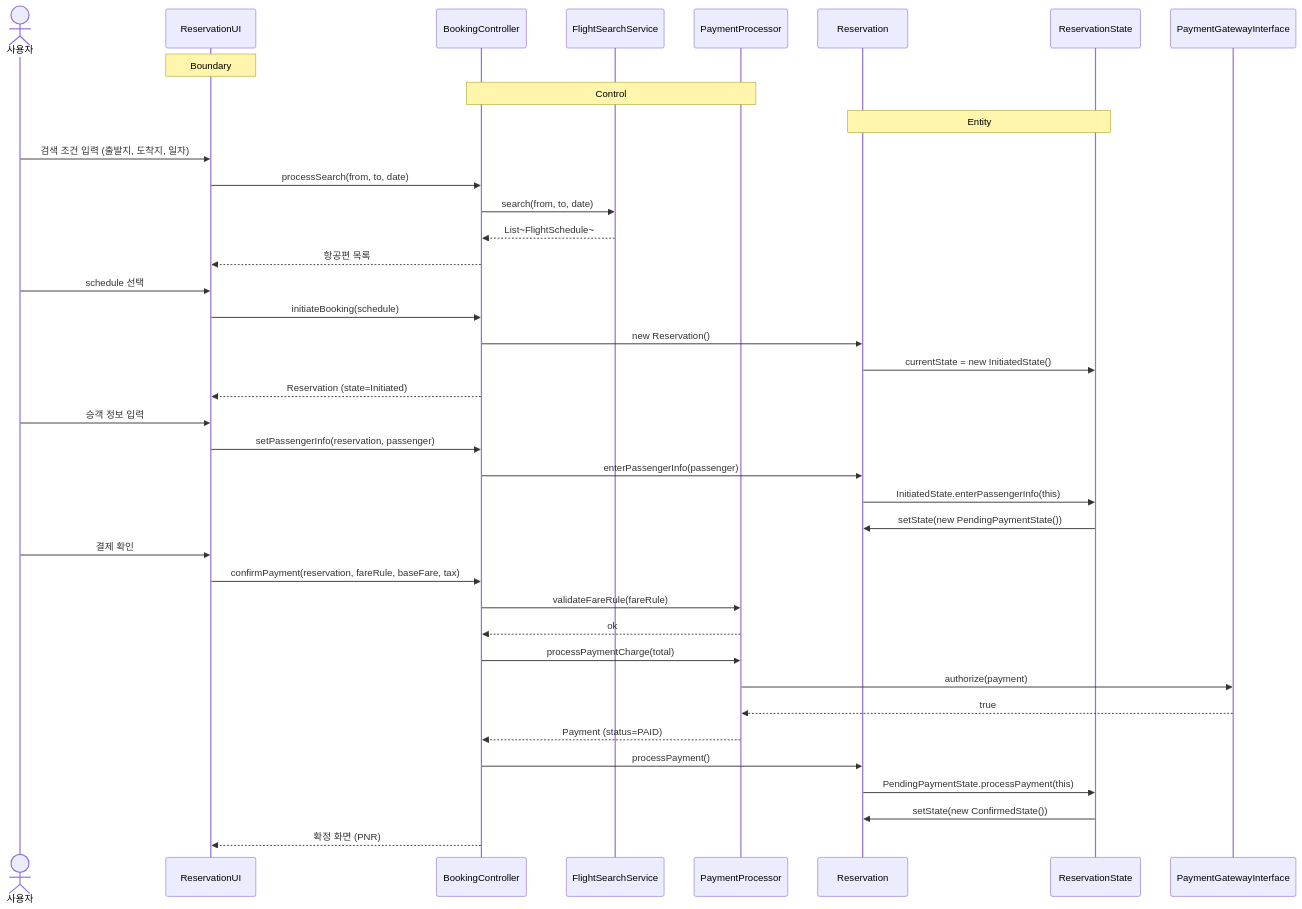
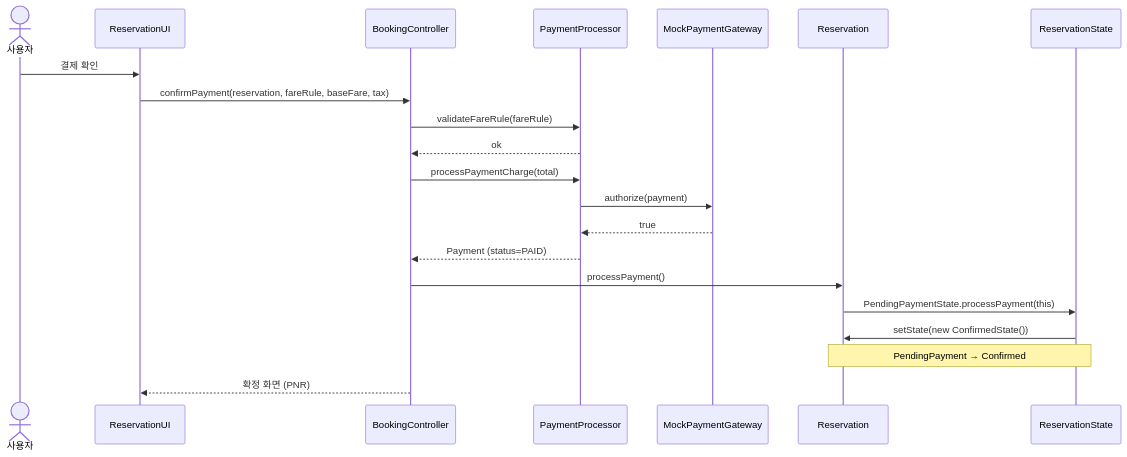
The ninth of 10 diagrams in docs/proposal-0/proposal-0-feature-inventory-ko.md (HANDONGLJH/KoreanAirReservationDomain), drawn with Mermaid before and after one commit. The commit also changed other lines of this file, not shown here.

Commit message:
docs(proposal-0/ko): split sequence diagram by feature category

````diff
--- a/docs/proposal-0/proposal-0-feature-inventory-ko.md
+++ b/docs/proposal-0/proposal-0-feature-inventory-ko.md
@@ -536,43 +615,24 @@
 ```mermaid
 sequenceDiagram
     actor 사용자
     participant UI as ReservationUI
     participant BC as BookingController
-    participant FSS as FlightSearchService
     participant PP as PaymentProcessor
+    participant PG as MockPaymentGateway
     participant R as Reservation
     participant S as ReservationState
-    participant PG as PaymentGatewayInterface
 
-    Note over UI: Boundary
-    Note over BC,PP: Control
-    Note over R,S: Entity
-
-    사용자->>UI: 검색 조건 입력 (출발지, 도착지, 일자)
-    UI->>BC: processSearch(from, to, date)
-    BC->>FSS: search(from, to, date)
-    FSS-->>BC: List~FlightSchedule~
-    BC-->>UI: 항공편 목록
-    사용자->>UI: schedule 선택
-    UI->>BC: initiateBooking(schedule)
-    BC->>R: new Reservation()
-    R->>S: currentState = new InitiatedState()
-    BC-->>UI: Reservation (state=Initiated)
-    사용자->>UI: 승객 정보 입력
-    UI->>BC: setPassengerInfo(reservation, passenger)
-    BC->>R: enterPassengerInfo(passenger)
-    R->>S: InitiatedState.enterPassengerInfo(this)
-    S->>R: setState(new PendingPaymentState())
     사용자->>UI: 결제 확인
     UI->>BC: confirmPayment(reservation, fareRule, baseFare, tax)
     BC->>PP: validateFareRule(fareRule)
     PP-->>BC: ok
     BC->>PP: processPaymentCharge(total)
     PP->>PG: authorize(payment)
     PG-->>PP: true
     PP-->>BC: Payment (status=PAID)
     BC->>R: processPayment()
     R->>S: PendingPaymentState.processPayment(this)
     S->>R: setState(new ConfirmedState())
+    Note over R,S: PendingPayment → Confirmed
     BC-->>UI: 확정 화면 (PNR)
 ```
````
